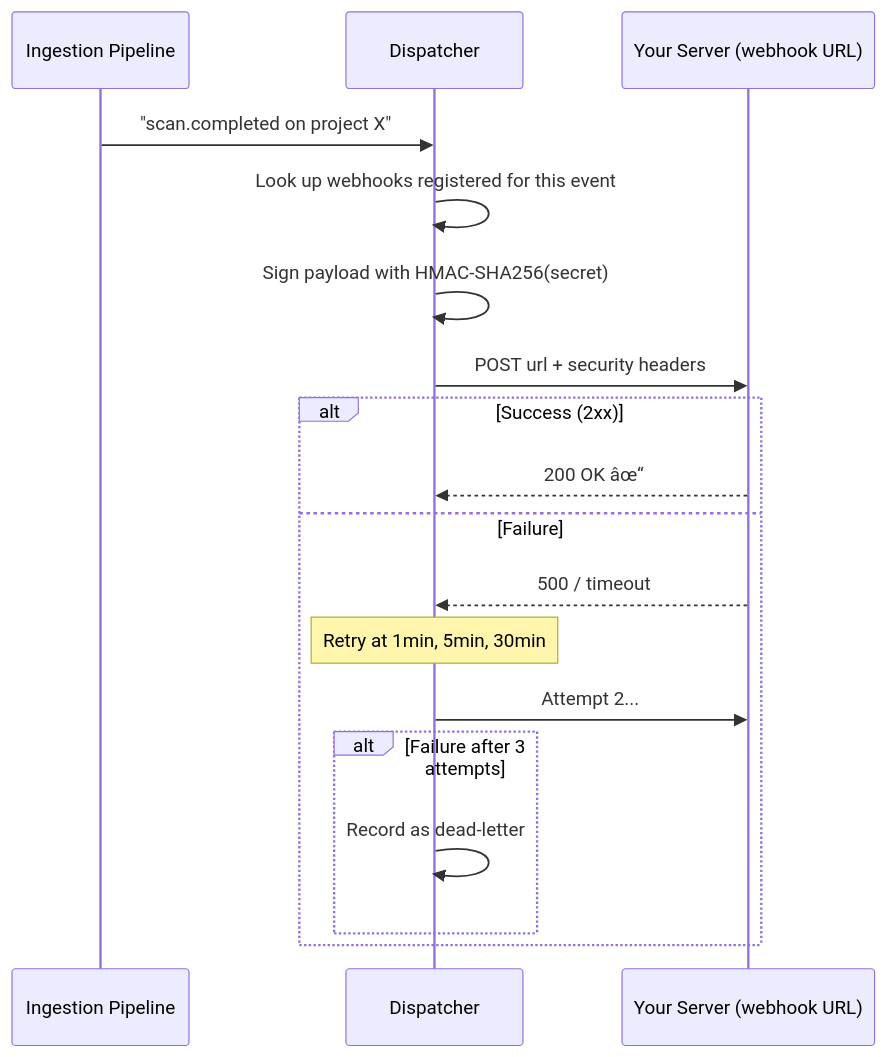
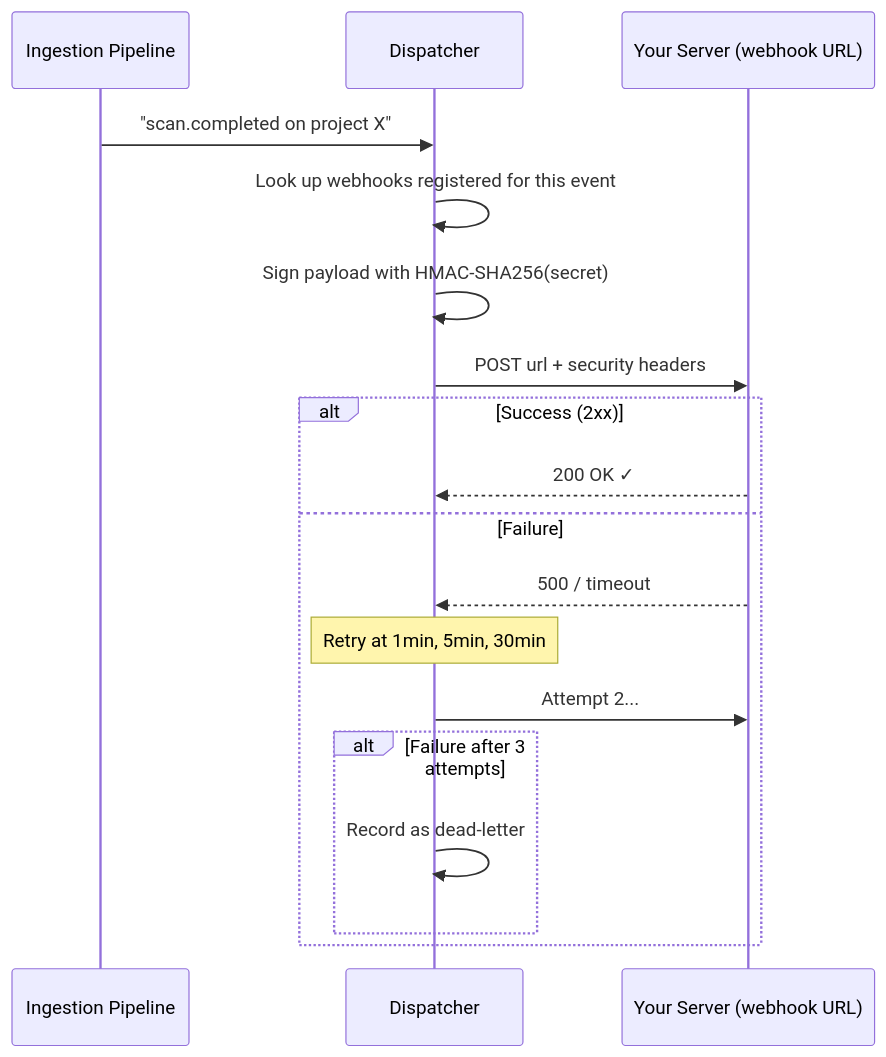
One commit to scovl/ollanta changed diagram 17 of 21 in docs/architecture.md. Above: the diagram before and after it, drawn with Mermaid. The commit also changed other lines of this file and 7 other files, not shown here.

````diff
--- a/docs/architecture.md
+++ b/docs/architecture.md
@@ -1260,22 +1260,22 @@
 ```mermaid
 sequenceDiagram
     participant P as Ingestion Pipeline
     participant D as Dispatcher
     participant W as Your Server (webhook URL)
 
     P->>D: "scan.completed on project X"
     D->>D: Look up webhooks registered for this event
     D->>D: Sign payload with HMAC-SHA256(secret)
     D->>W: POST url + security headers
 
     alt Success (2xx)
-        W-->>D: 200 OK âœ“
+        W-->>D: 200 OK ✓
     else Failure
         W-->>D: 500 / timeout
         Note over D: Retry at 1min, 5min, 30min
         D->>W: Attempt 2...
         alt Failure after 3 attempts
             D->>D: Record as dead-letter
         end
     end
 ```
````
